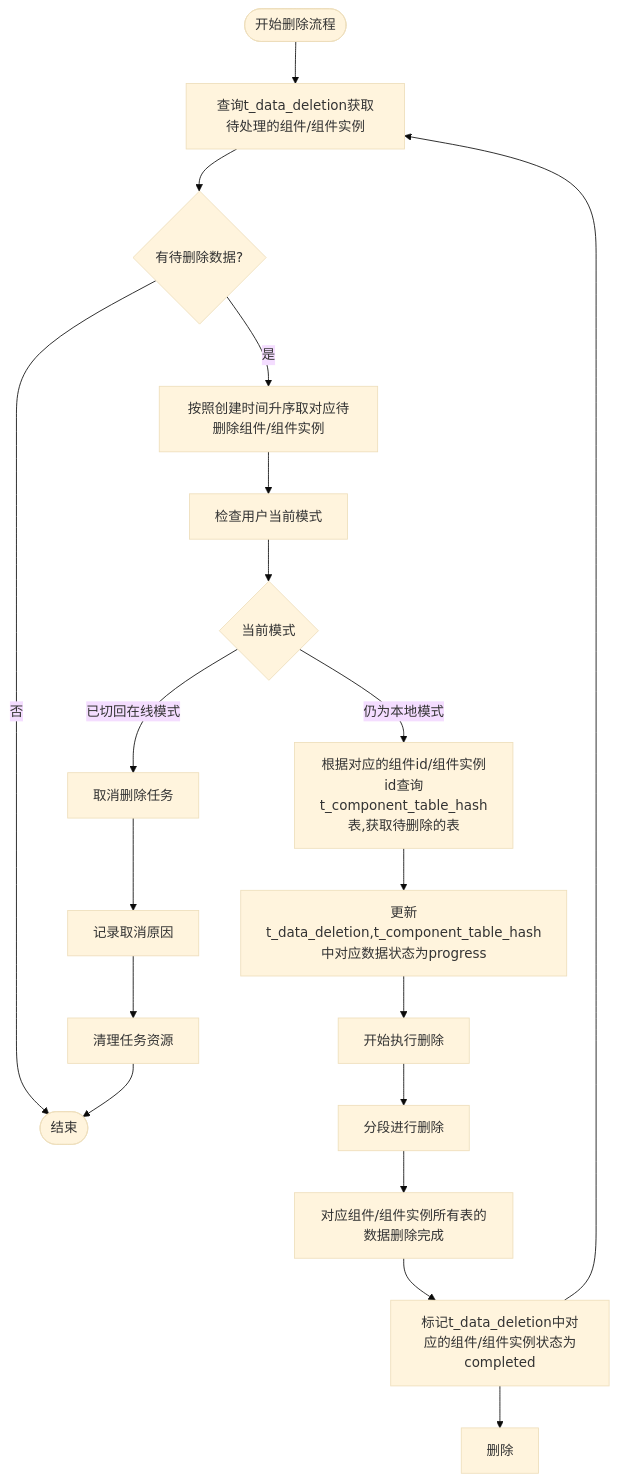
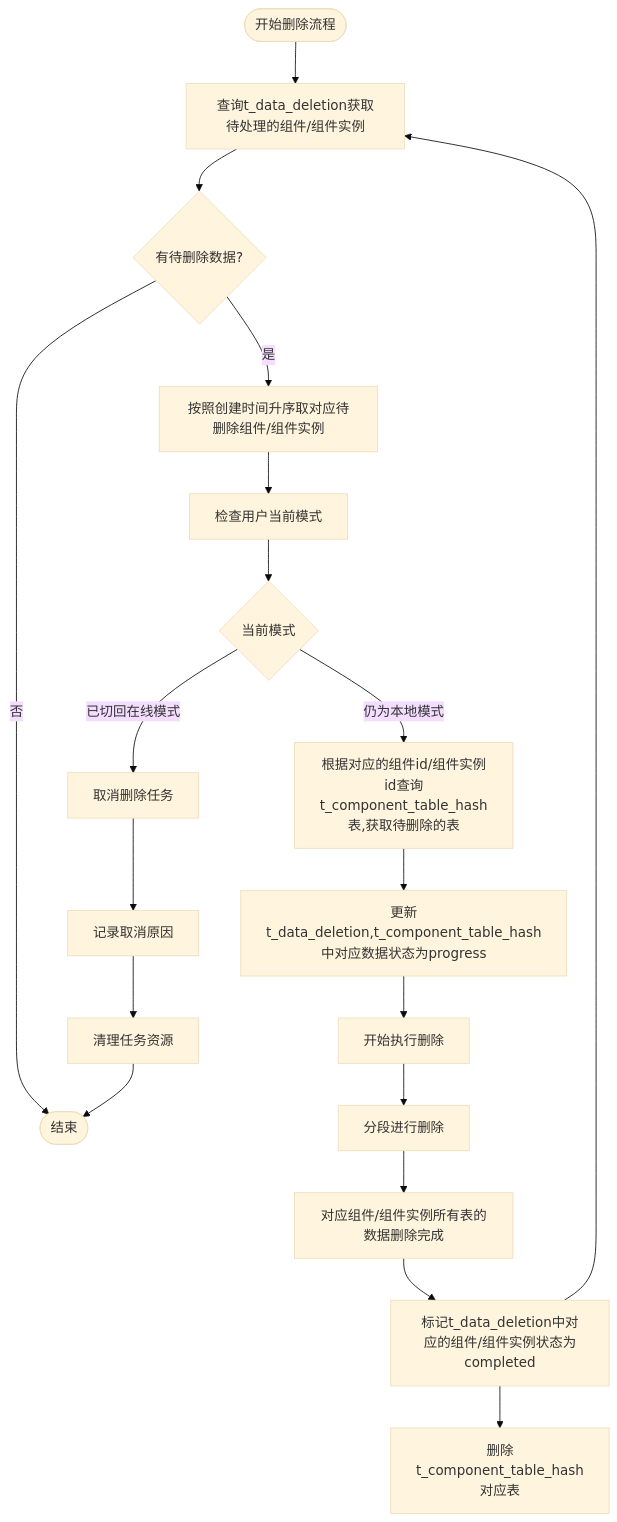
Before and after one commit to yingjianzh/iodraw-files: the diagram in all/未命名-51.md, drawn with Mermaid (base theme).

Commit message:
2025-05-08 15:49:05 update

````diff
--- a/all/未命名-51.md
+++ b/all/未命名-51.md
@@ -1,30 +1,30 @@
 ```mermaid
 flowchart TD
     Start([开始删除流程]) --> FetchTasks[查询t_data_deletion获取待处理的组件/组件实例]
     FetchTasks --> HasTasks{有待删除数据?}
     
     HasTasks -->|否| End([结束])
     HasTasks -->|是| PrioritizeTasks[按照创建时间升序取对应待删除组件/组件实例]
     
     PrioritizeTasks --> CheckUserMode[检查用户当前模式]
     
     CheckUserMode --> CurrentMode{当前模式}
     CurrentMode -->|已切回在线模式| TaskCancel[取消删除任务]
     CurrentMode -->|仍为本地模式| LockTask[根据对应的组件id/组件实例id查询t_component_table_hash表,获取待删除的表]
     
     LockTask --> UpdateStatus[更新t_data_deletion,t_component_table_hash中对应数据状态为progress]
     UpdateStatus --> BeginDeletion[开始执行删除]
     
     BeginDeletion --> A[分段进行删除]
     
     A --> B[对应组件/组件实例所有表的数据删除完成]
     B --> MarkCompleted[标记t_data_deletion中对应的组件/组件实例状态为completed]
     
-    MarkCompleted --> MarkHash[删除]
+    MarkCompleted --> MarkHash[删除t_component_table_hash对应表]
     
     TaskCancel --> LogCancellation[记录取消原因]
     LogCancellation --> CleanupTask[清理任务资源]
     
     MarkCompleted --> FetchTasks
     CleanupTask --> End
 ```
````
